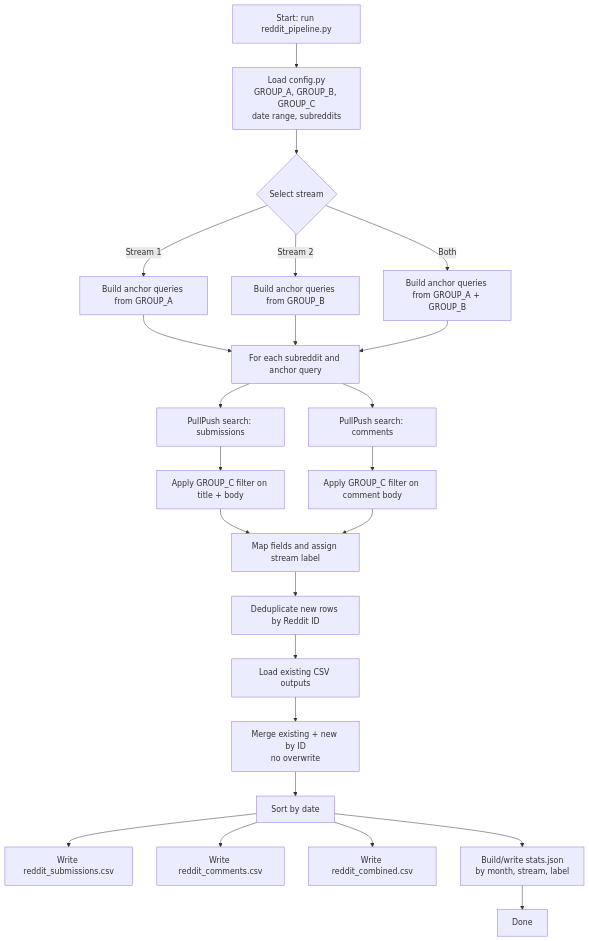
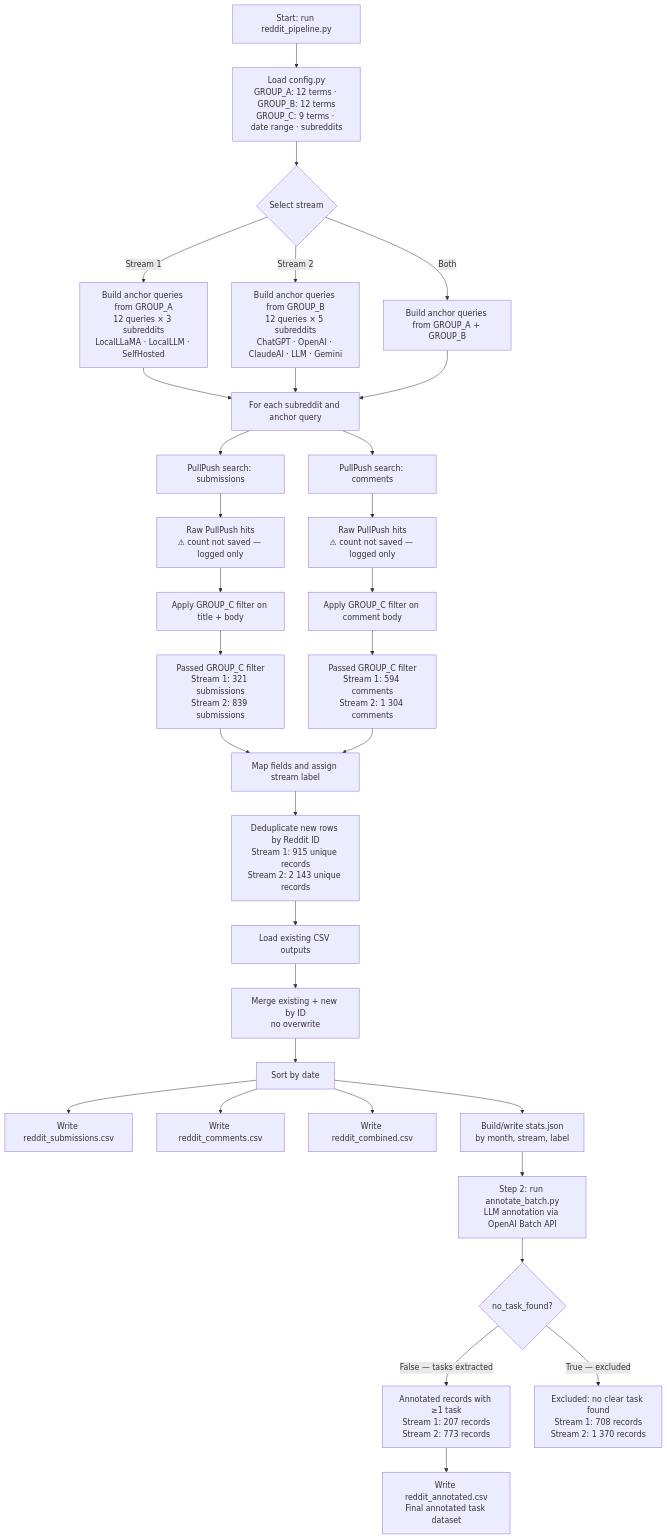
Before and after one commit to JuneHou/Easy_SLM: the diagram in task/pipeline_workflow.mmd, drawn with Mermaid. The commit also changed 35 other files, not shown here.

```diff
--- a/task/pipeline_workflow.mmd
+++ b/task/pipeline_workflow.mmd
@@ -1,28 +1,40 @@
 flowchart TD
-    A[Start: run reddit_pipeline.py] --> B[Load config.py<br/>GROUP_A, GROUP_B, GROUP_C<br/>date range, subreddits]
+    A[Start: run reddit_pipeline.py] --> B[Load config.py<br/>GROUP_A: 12 terms · GROUP_B: 12 terms<br/>GROUP_C: 9 terms · date range · subreddits]
     B --> C{Select stream}
-    C -->|Stream 1| D[Build anchor queries from GROUP_A]
-    C -->|Stream 2| E[Build anchor queries from GROUP_B]
+    C -->|Stream 1| D[Build anchor queries from GROUP_A<br/>12 queries × 3 subreddits<br/>LocalLLaMA · LocalLLM · SelfHosted]
+    C -->|Stream 2| E[Build anchor queries from GROUP_B<br/>12 queries × 5 subreddits<br/>ChatGPT · OpenAI · ClaudeAI · LLM · Gemini]
     C -->|Both| F[Build anchor queries from GROUP_A + GROUP_B]
     D --> G[For each subreddit and anchor query]
     E --> G
     F --> G
 
     G --> H[PullPush search: submissions]
     G --> I[PullPush search: comments]
 
-    H --> J[Apply GROUP_C filter on title + body]
-    I --> K[Apply GROUP_C filter on comment body]
-    J --> L[Map fields and assign stream label]
-    K --> L
+    H --> H1[Raw PullPush hits<br/>⚠ count not saved — logged only]
+    I --> I1[Raw PullPush hits<br/>⚠ count not saved — logged only]
 
-    L --> M[Deduplicate new rows by Reddit ID]
+    H1 --> J[Apply GROUP_C filter on title + body]
+    I1 --> K[Apply GROUP_C filter on comment body]
+
+    J --> J1[Passed GROUP_C filter<br/>Stream 1: 321 submissions<br/>Stream 2: 839 submissions]
+    K --> K1[Passed GROUP_C filter<br/>Stream 1: 594 comments<br/>Stream 2: 1 304 comments]
+
+    J1 --> L[Map fields and assign stream label]
+    K1 --> L
+
+    L --> M[Deduplicate new rows by Reddit ID<br/>Stream 1: 915 unique records<br/>Stream 2: 2 143 unique records]
     M --> N[Load existing CSV outputs]
     N --> O[Merge existing + new by ID<br/>no overwrite]
     O --> P[Sort by date]
 
     P --> Q[Write reddit_submissions.csv]
     P --> R[Write reddit_comments.csv]
     P --> S[Write reddit_combined.csv]
     P --> T[Build/write stats.json<br/>by month, stream, label]
-    T --> U[Done]
+    T --> U[Step 2: run annotate_batch.py<br/>LLM annotation via OpenAI Batch API]
+
+    U --> V{no_task_found?}
+    V -->|False — tasks extracted| X[Annotated records with ≥1 task<br/>Stream 1: 207 records<br/>Stream 2: 773 records]
+    V -->|True — excluded| Y[Excluded: no clear task found<br/>Stream 1: 708 records<br/>Stream 2: 1 370 records]
+    X --> Z[Write reddit_annotated.csv<br/>Final annotated task dataset]
```
